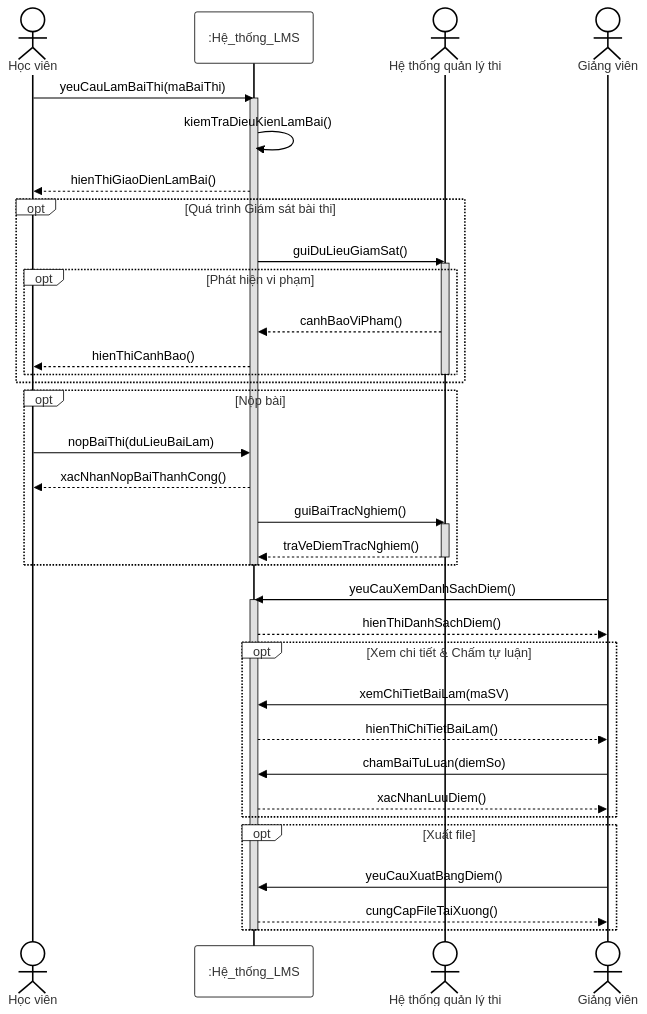
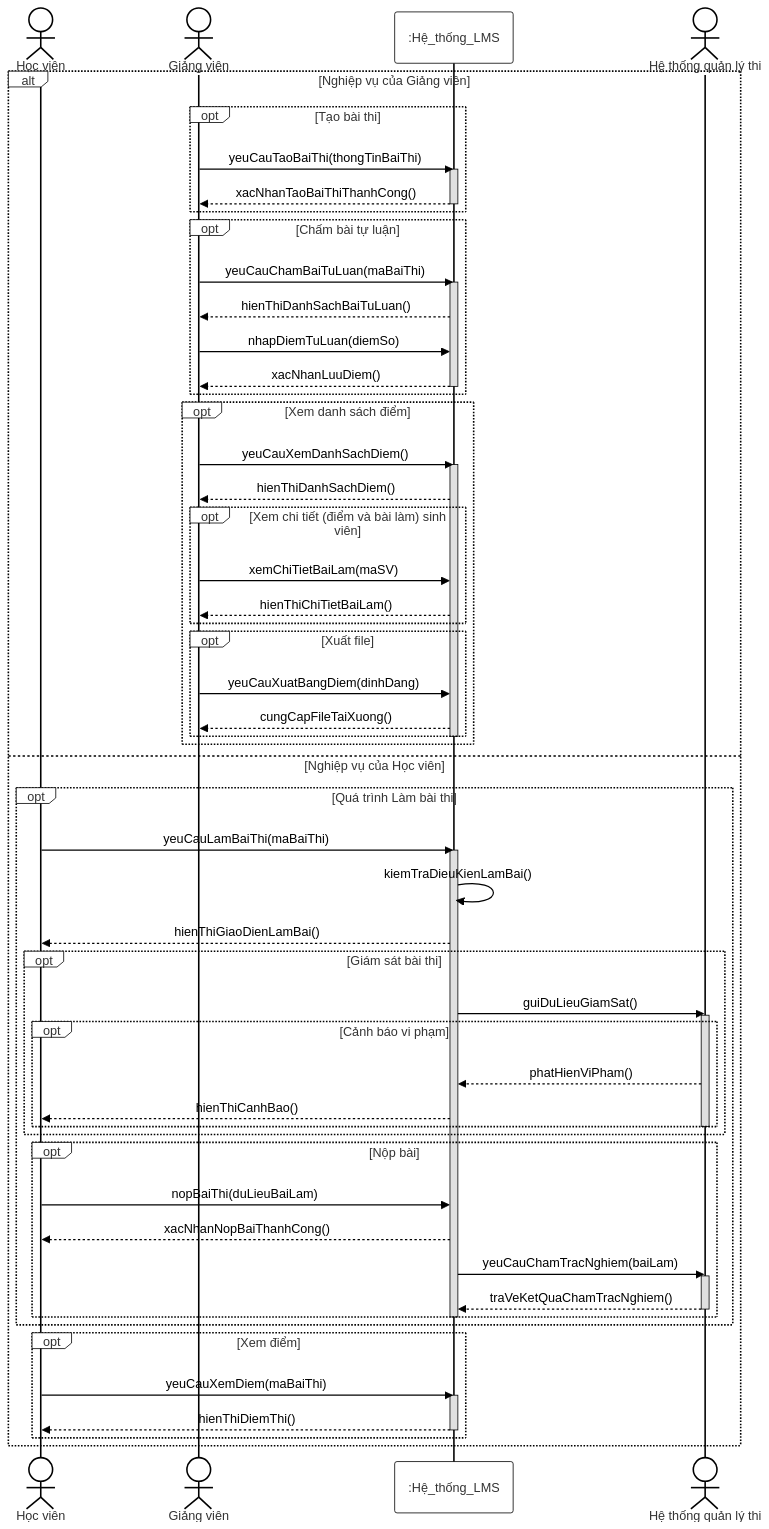
The diagram in thi.md (NguyenViet-281205/PTTKHT), drawn with Mermaid before and after one commit.

````diff
--- a/thi.md
+++ b/thi.md
@@ -2,55 +2,88 @@
 %%{init: { 'theme': 'base', 'themeVariables': { 'primaryColor': '#ffffff', 'primaryBorderColor': '#000000', 'lineColor': '#000000', 'textColor': '#000000', 'actorBkg': '#ffffff', 'actorBorder': '#000000', 'signalColor': '#000000', 'signalTextColor': '#000000', 'activationBorderColor': '#000000', 'activationBkgColor': '#e0e0e0', 'noteBkgColor': '#ffffff', 'noteBorderColor': '#000000' } } }%%
 sequenceDiagram
     actor HV as Học viên
+    actor GV as Giảng viên
     participant Sys as :Hệ_thống_LMS
     actor HT as Hệ thống quản lý thi
-    actor GV as Giảng viên
 
-    %% Luồng Học viên làm bài thi
-    HV->>Sys: yeuCauLamBaiThi(maBaiThi)
-    activate Sys
-    %% Include: Kiểm tra điều kiện
-    Sys->>Sys: kiemTraDieuKienLamBai()
-    Sys-->>HV: hienThiGiaoDienLamBai()
-    
-    %% Extend: Giám sát
-    opt Quá trình Giám sát bài thi
-        Sys->>HT: guiDuLieuGiamSat()
-        activate HT
-        opt Phát hiện vi phạm
-            HT-->>Sys: canhBaoViPham()
-            Sys-->>HV: hienThiCanhBao()
+    %% Khối nghiệp vụ của Giảng viên
+    alt Nghiệp vụ của Giảng viên
+        opt Tạo bài thi
+            GV->>Sys: yeuCauTaoBaiThi(thongTinBaiThi)
+            activate Sys
+            Sys-->>GV: xacNhanTaoBaiThiThanhCong()
+            deactivate Sys
         end
-        deactivate HT
+
+        opt Chấm bài tự luận
+            GV->>Sys: yeuCauChamBaiTuLuan(maBaiThi)
+            activate Sys
+            Sys-->>GV: hienThiDanhSachBaiTuLuan()
+            GV->>Sys: nhapDiemTuLuan(diemSo)
+            Sys-->>GV: xacNhanLuuDiem()
+            deactivate Sys
+        end
+
+        opt Xem danh sách điểm
+            GV->>Sys: yeuCauXemDanhSachDiem()
+            activate Sys
+            Sys-->>GV: hienThiDanhSachDiem()
+
+            %% Các luồng Extend của Xem danh sách điểm
+            opt Xem chi tiết (điểm và bài làm) sinh viên
+                GV->>Sys: xemChiTietBaiLam(maSV)
+                Sys-->>GV: hienThiChiTietBaiLam()
+            end
+
+            opt Xuất file
+                GV->>Sys: yeuCauXuatBangDiem(dinhDang)
+                Sys-->>GV: cungCapFileTaiXuong()
+            end
+            deactivate Sys
+        end
+
+    %% Khối nghiệp vụ của Học viên
+    else Nghiệp vụ của Học viên
+        opt Quá trình Làm bài thi
+            HV->>Sys: yeuCauLamBaiThi(maBaiThi)
+            activate Sys
+            
+            %% Include: Kiểm tra điều kiện làm bài
+            Sys->>Sys: kiemTraDieuKienLamBai()
+            Sys-->>HV: hienThiGiaoDienLamBai()
+            
+            %% Extend: Giám sát bài thi
+            opt Giám sát bài thi
+                Sys->>HT: guiDuLieuGiamSat()
+                activate HT
+                
+                %% Extend từ Giám sát: Cảnh báo vi phạm
+                opt Cảnh báo vi phạm
+                    HT-->>Sys: phatHienViPham()
+                    Sys-->>HV: hienThiCanhBao()
+                end
+                deactivate HT
+            end
+
+            %% Extend: Nộp bài
+            opt Nộp bài
+                HV->>Sys: nopBaiThi(duLieuBaiLam)
+                Sys-->>HV: xacNhanNopBaiThanhCong()
+                
+                %% Extend từ Nộp bài: Chấm bài trắc nghiệm
+                Sys->>HT: yeuCauChamTracNghiem(baiLam)
+                activate HT
+                HT-->>Sys: traVeKetQuaChamTracNghiem()
+                deactivate HT
+            end
+            deactivate Sys
+        end
+
+        opt Xem điểm
+            HV->>Sys: yeuCauXemDiem(maBaiThi)
+            activate Sys
+            Sys-->>HV: hienThiDiemThi()
+            deactivate Sys
+        end
     end
-
-    %% Extend: Nộp bài
-    opt Nộp bài
-        HV->>Sys: nopBaiThi(duLieuBaiLam)
-        Sys-->>HV: xacNhanNopBaiThanhCong()
-        %% Extend: Chấm trắc nghiệm tự động
-        Sys->>HT: guiBaiTracNghiem()
-        activate HT
-        HT-->>Sys: traVeDiemTracNghiem()
-        deactivate HT
-    end
-    deactivate Sys
-
-    %% Luồng Giảng viên thao tác
-    GV->>Sys: yeuCauXemDanhSachDiem()
-    activate Sys
-    Sys-->>GV: hienThiDanhSachDiem()
-    
-    opt Xem chi tiết & Chấm tự luận
-        GV->>Sys: xemChiTietBaiLam(maSV)
-        Sys-->>GV: hienThiChiTietBaiLam()
-        GV->>Sys: chamBaiTuLuan(diemSo)
-        Sys-->>GV: xacNhanLuuDiem()
-    end
-    
-    opt Xuất file
-        GV->>Sys: yeuCauXuatBangDiem()
-        Sys-->>GV: cungCapFileTaiXuong()
-    end
-    deactivate Sys
 ```
````
